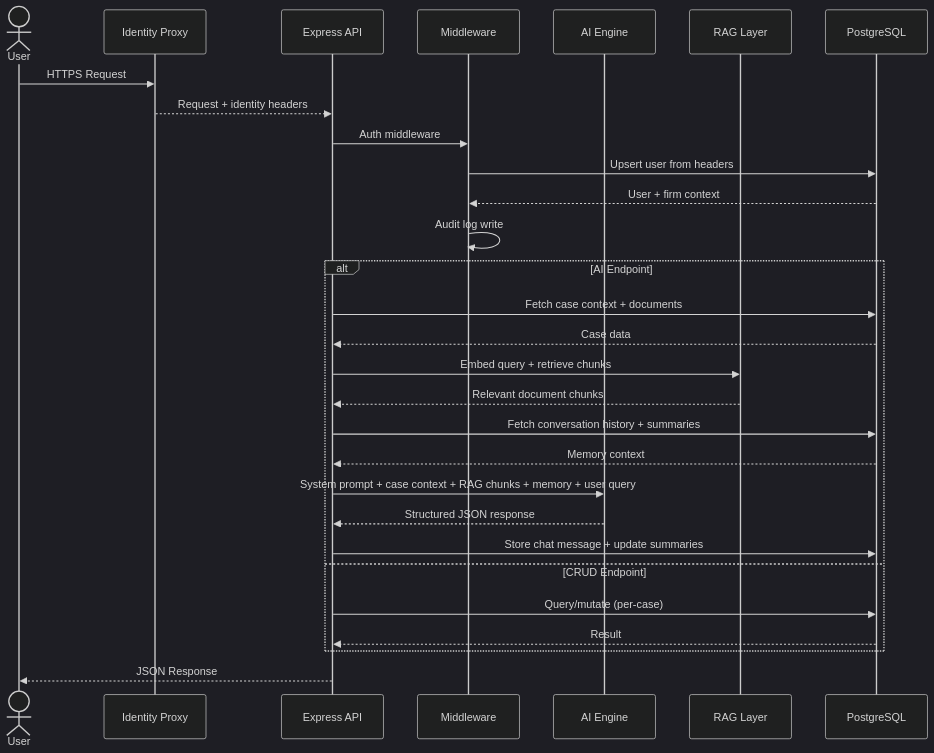
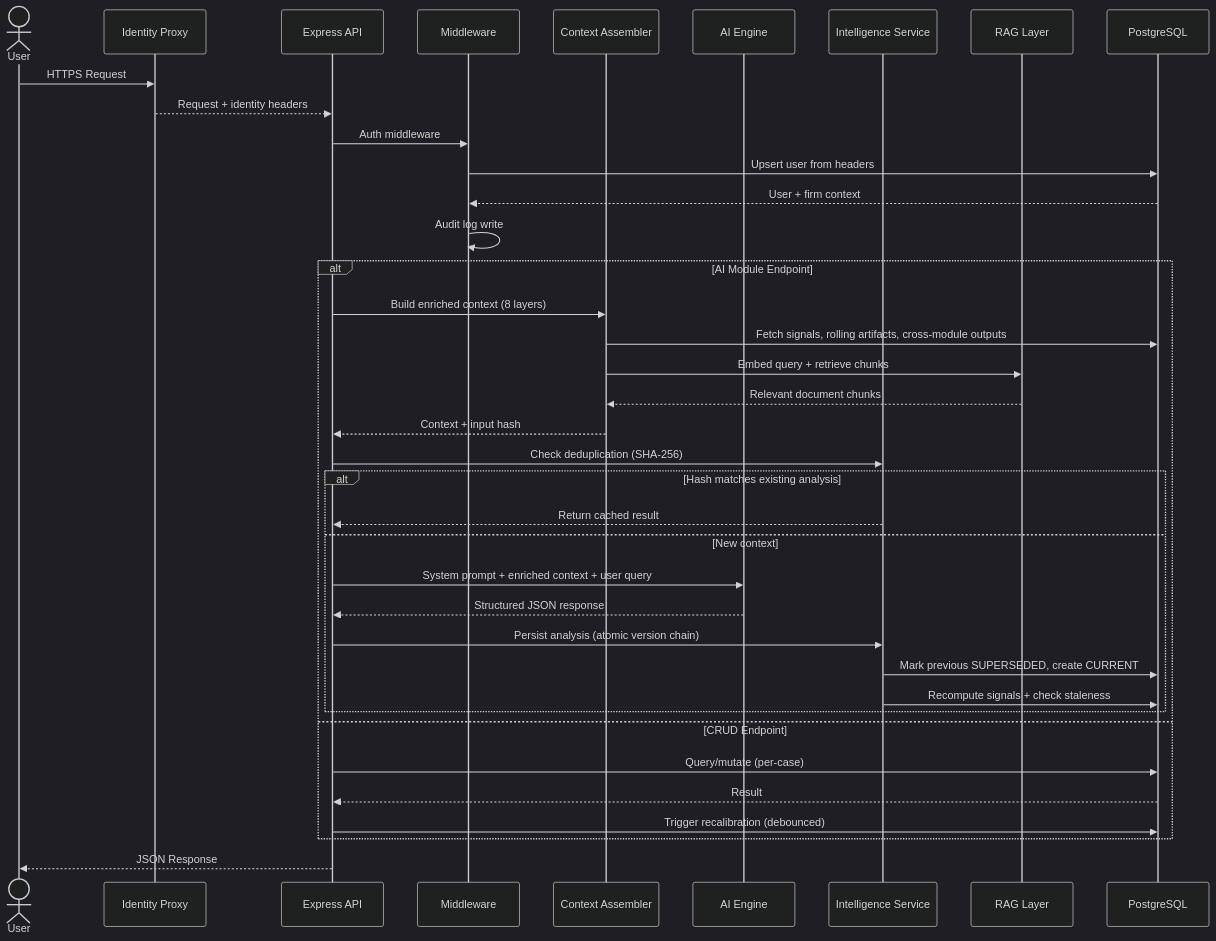
Before and after one commit to EolaFam1828/AetherLegalIntelligence: the ninth of 12 diagrams in ARCHITECTURE.md, drawn with Mermaid (dark theme). The commit also changed other lines of this file and 2 other files, not shown here.

First line of the commit message:
Sync docs: intelligence architecture, 25 models, 63 endpoints, signals, knowledge graph

````diff
--- a/ARCHITECTURE.md
+++ b/ARCHITECTURE.md
@@ -412,35 +611,44 @@
 ```mermaid
 sequenceDiagram
     actor User
     participant AK as Identity Proxy
     participant API as Express API
     participant MW as Middleware
+    participant CTX as Context Assembler
     participant LLM as AI Engine
+    participant PERSIST as Intelligence Service
     participant RAG as RAG Layer
     participant DB as PostgreSQL
 
     User->>AK: HTTPS Request
     AK-->>API: Request + identity headers
 
     API->>MW: Auth middleware
     MW->>DB: Upsert user from headers
     DB-->>MW: User + firm context
     MW->>MW: Audit log write
 
-    alt AI Endpoint
-        API->>DB: Fetch case context + documents
-        DB-->>API: Case data
-        API->>RAG: Embed query + retrieve chunks
-        RAG-->>API: Relevant document chunks
-        API->>DB: Fetch conversation history + summaries
-        DB-->>API: Memory context
-        API->>LLM: System prompt + case context + RAG chunks + memory + user query
-        LLM-->>API: Structured JSON response
-        API->>DB: Store chat message + update summaries
+    alt AI Module Endpoint
+        API->>CTX: Build enriched context (8 layers)
+        CTX->>DB: Fetch signals, rolling artifacts, cross-module outputs
+        CTX->>RAG: Embed query + retrieve chunks
+        RAG-->>CTX: Relevant document chunks
+        CTX-->>API: Context + input hash
+        API->>PERSIST: Check deduplication (SHA-256)
+        alt Hash matches existing analysis
+            PERSIST-->>API: Return cached result
+        else New context
+            API->>LLM: System prompt + enriched context + user query
+            LLM-->>API: Structured JSON response
+            API->>PERSIST: Persist analysis (atomic version chain)
+            PERSIST->>DB: Mark previous SUPERSEDED, create CURRENT
+            PERSIST->>DB: Recompute signals + check staleness
+        end
     else CRUD Endpoint
         API->>DB: Query/mutate (per-case)
         DB-->>API: Result
+        API->>DB: Trigger recalibration (debounced)
     end
 
     API-->>User: JSON Response
 ```
````
